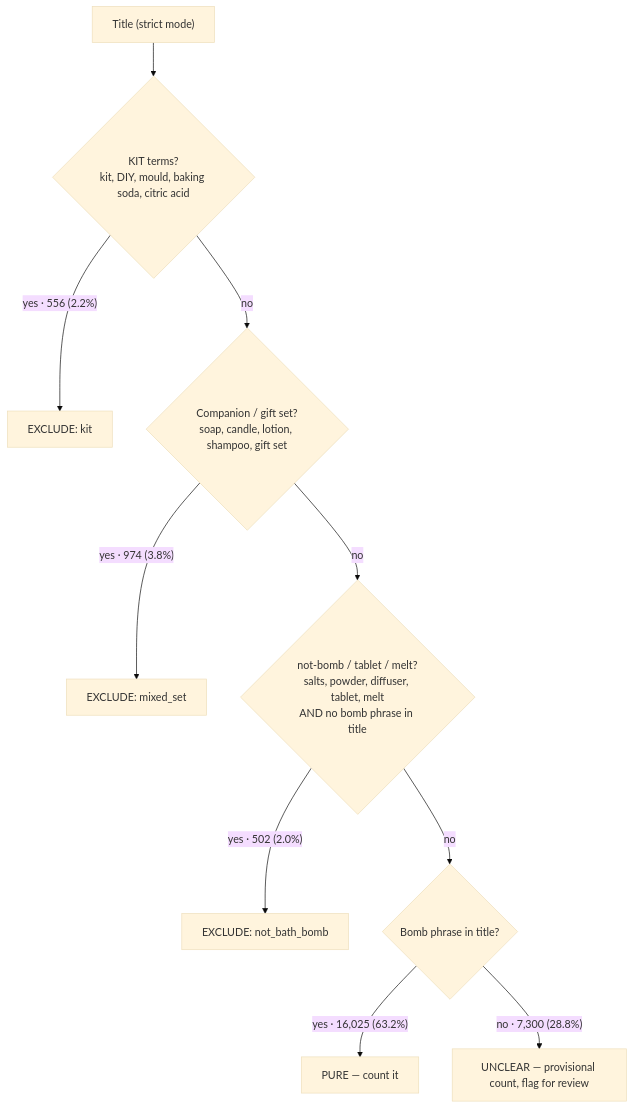
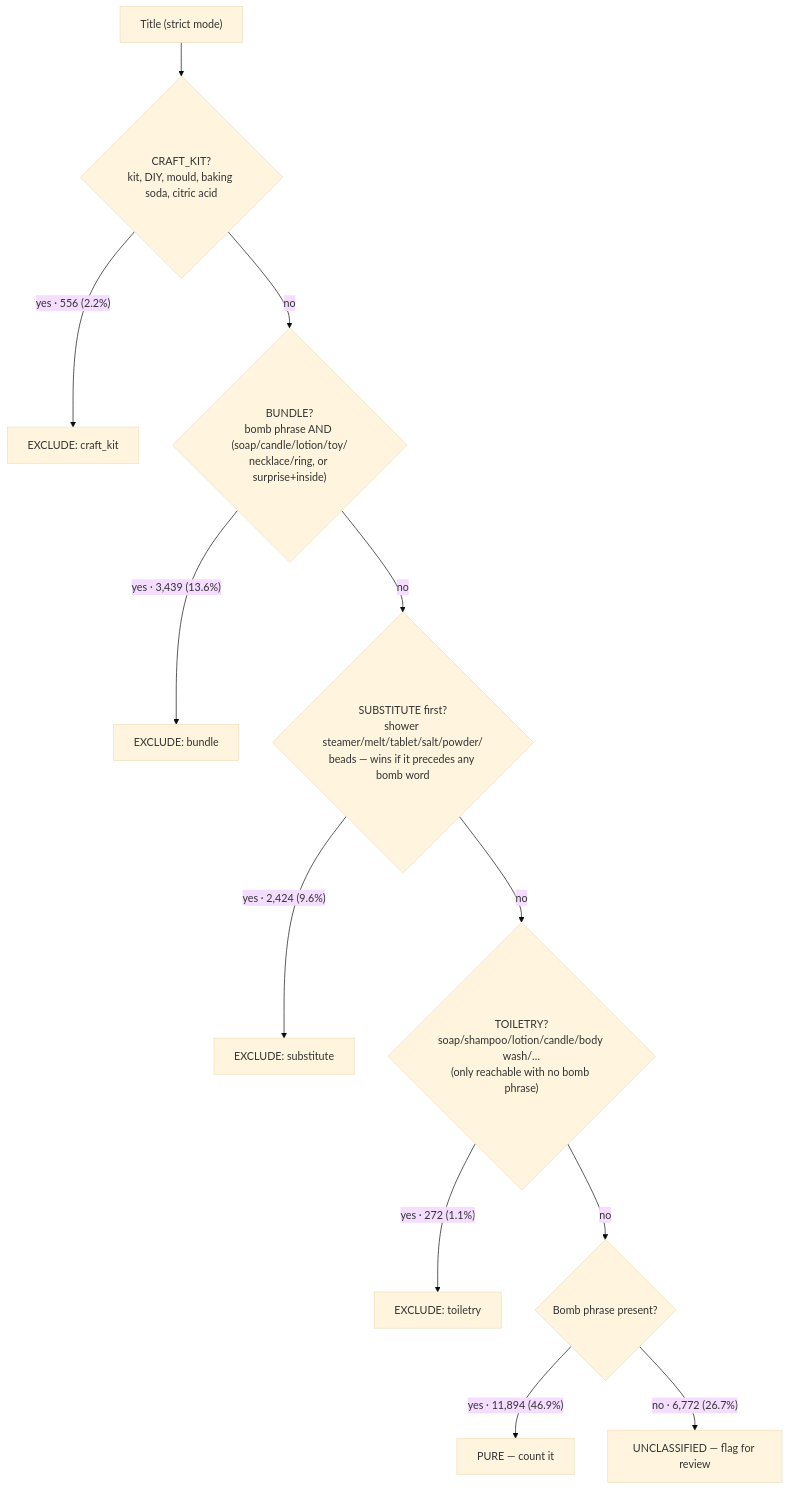
The first of 2 diagrams in README.md (skycosmos/bath-bombs), drawn with Mermaid (base theme) before and after one commit. The commit also changed other lines of this file and 3 other files, not shown here.

First line of the commit message:
Reorganize purity into CRAFT_KIT / BUNDLE / SUBSTITUTE / TOILETRY ladder

````diff
--- a/README.md
+++ b/README.md
@@ -48,12 +47,14 @@
 ```mermaid
 flowchart TD
-  T["Title (strict mode)"] --> K{"KIT terms?<br/>kit, DIY, mould, baking soda, citric acid"}
-  K -->|"yes · 556 (2.2%)"| EK["EXCLUDE: kit"]
-  K -->|no| MX{"Companion / gift set?<br/>soap, candle, lotion, shampoo, gift set"}
-  MX -->|"yes · 974 (3.8%)"| EM["EXCLUDE: mixed_set"]
-  MX -->|no| NB{"not-bomb / tablet / melt?<br/>salts, powder, diffuser, tablet, melt<br/>AND no bomb phrase in title"}
-  NB -->|"yes · 502 (2.0%)"| ENB["EXCLUDE: not_bath_bomb"]
-  NB -->|no| P{"Bomb phrase in title?"}
-  P -->|"yes · 16,025 (63.2%)"| PURE["PURE — count it"]
-  P -->|"no · 7,300 (28.8%)"| U["UNCLEAR — provisional count, flag for review"]
+  T["Title (strict mode)"] --> K{"CRAFT_KIT?<br/>kit, DIY, mould, baking soda, citric acid"}
+  K -->|"yes · 556 (2.2%)"| EK["EXCLUDE: craft_kit"]
+  K -->|no| B{"BUNDLE?<br/>bomb phrase AND (soap/candle/lotion/toy/<br/>necklace/ring, or surprise+inside)"}
+  B -->|"yes · 3,439 (13.6%)"| EB["EXCLUDE: bundle"]
+  B -->|no| SUB{"SUBSTITUTE first?<br/>shower steamer/melt/tablet/salt/powder/<br/>beads — wins if it precedes any bomb word"}
+  SUB -->|"yes · 2,424 (9.6%)"| ESU["EXCLUDE: substitute"]
+  SUB -->|no| TL{"TOILETRY?<br/>soap/shampoo/lotion/candle/body wash/…<br/>(only reachable with no bomb phrase)"}
+  TL -->|"yes · 272 (1.1%)"| ETL["EXCLUDE: toiletry"]
+  TL -->|no| P{"Bomb phrase present?"}
+  P -->|"yes · 11,894 (46.9%)"| PURE["PURE — count it"]
+  P -->|"no · 6,772 (26.7%)"| U["UNCLASSIFIED — flag for review"]
 ```
````
